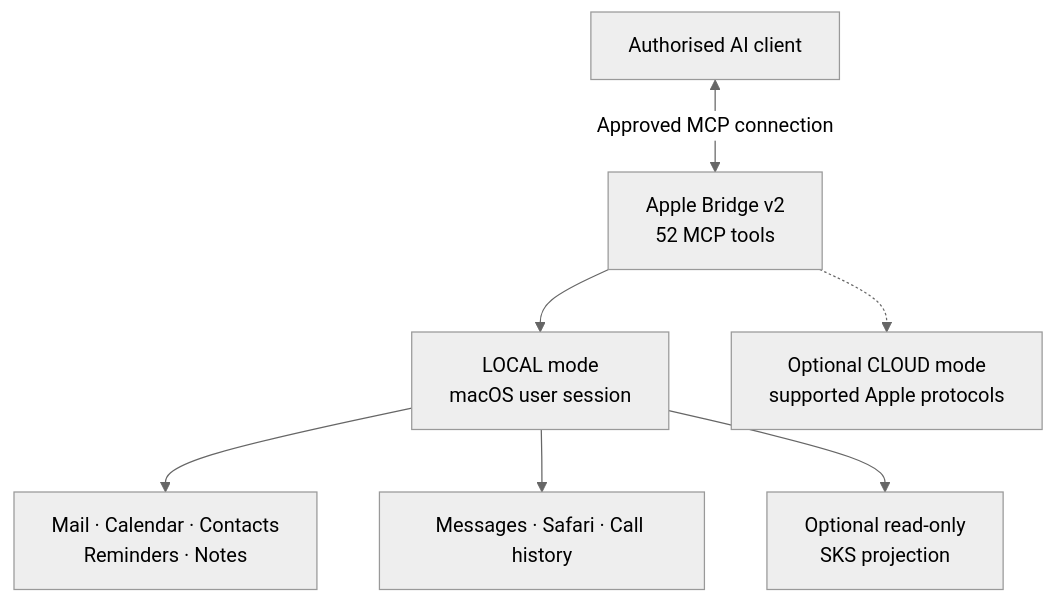
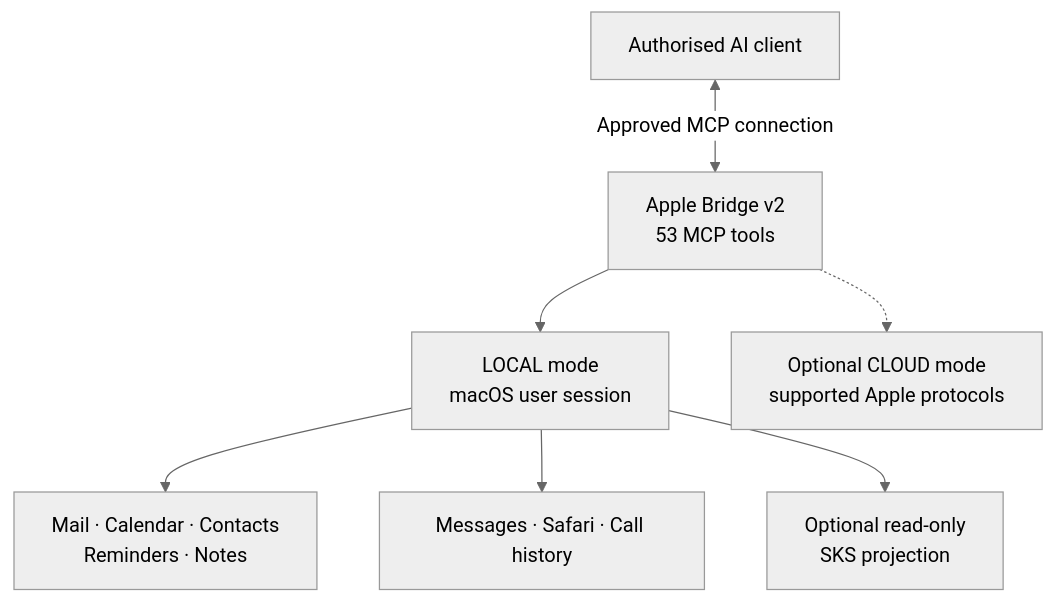
Before and after one commit to mksolutionsuniversal/apple-bridge-v2: the diagram in README.md, drawn with Mermaid (neutral theme). The commit also changed other lines of this file, not shown here.

Commit message:
docs: showcase 53 Apple Bridge MCP tools and verified post-reboot capabilities

````diff
--- a/README.md
+++ b/README.md
@@ -56,9 +92,9 @@
 ```mermaid
 flowchart TB
-    U["Authorised AI client"] <-->|"Approved MCP connection"| B["Apple Bridge v2<br/>52 MCP tools"]
+    U["Authorised AI client"] <-->|"Approved MCP connection"| B["Apple Bridge v2<br/>53 MCP tools"]
     B --> L["LOCAL mode<br/>macOS user session"]
     L --> A["Mail · Calendar · Contacts<br/>Reminders · Notes"]
     L --> M["Messages · Safari · Call history"]
     L --> H["Optional read-only<br/>SKS projection"]
     B -.-> C["Optional CLOUD mode<br/>supported Apple protocols"]
 ```
````
